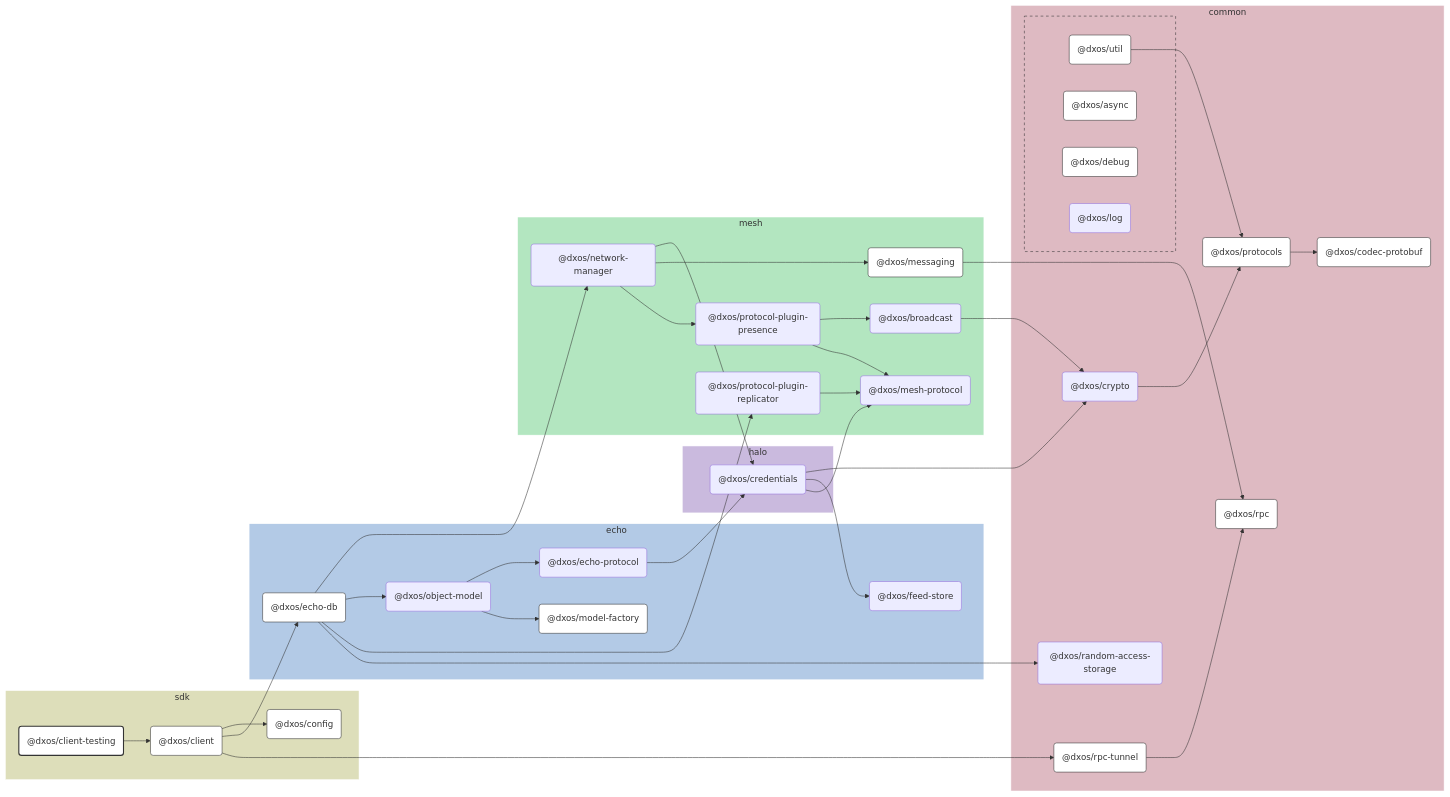
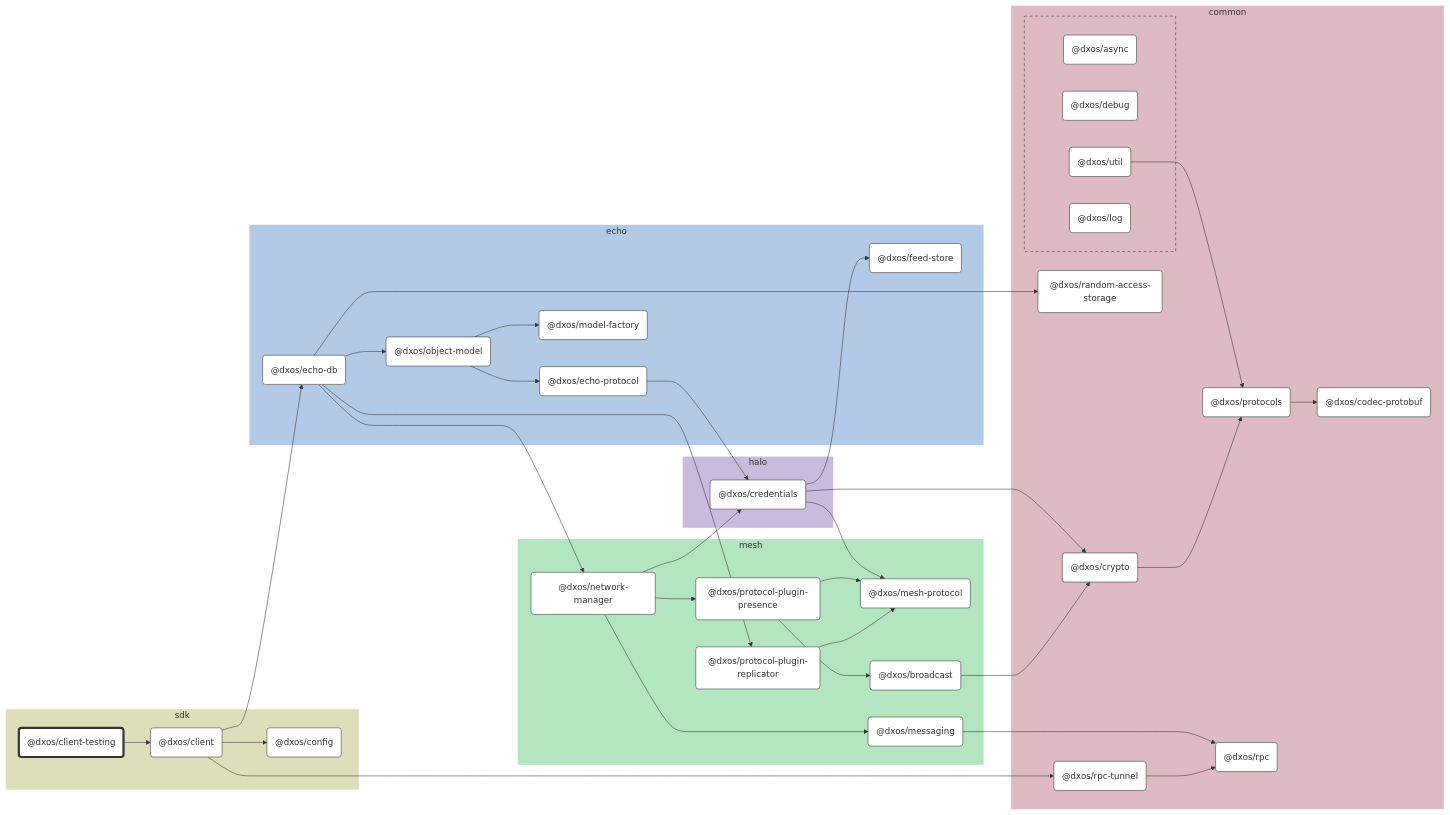
The diagram in packages/sdk/client-testing/docs/README.md (dxos/dxos), drawn with Mermaid before and after one commit. The commit also changed other lines of this file and 104 other files, not shown here.

````diff
--- a/packages/sdk/client-testing/docs/README.md
+++ b/packages/sdk/client-testing/docs/README.md
@@ -9,122 +9,112 @@
 
 flowchart LR
 
-%% Links
-dxos/broadcast --> dxos/crypto;
-dxos/client --> dxos/config;
-dxos/client --> dxos/echo-db;
-dxos/client --> dxos/rpc-tunnel;
-dxos/client-testing --> dxos/client;
-dxos/credentials --> dxos/crypto;
-dxos/credentials --> dxos/feed-store;
-dxos/credentials --> dxos/mesh-protocol;
-dxos/crypto --> dxos/protocols;
-dxos/echo-db --> dxos/network-manager;
-dxos/echo-db --> dxos/object-model;
-dxos/echo-db --> dxos/protocol-plugin-replicator;
-dxos/echo-db --> dxos/random-access-storage;
-dxos/echo-protocol --> dxos/credentials;
-dxos/messaging --> dxos/rpc;
-dxos/network-manager --> dxos/credentials;
-dxos/network-manager --> dxos/messaging;
-dxos/network-manager --> dxos/protocol-plugin-presence;
-dxos/object-model --> dxos/echo-protocol;
-dxos/object-model --> dxos/model-factory;
-dxos/protocol-plugin-presence --> dxos/broadcast;
-dxos/protocol-plugin-presence --> dxos/mesh-protocol;
-dxos/protocol-plugin-replicator --> dxos/mesh-protocol;
-dxos/protocols --> dxos/codec-protobuf;
-dxos/rpc-tunnel --> dxos/rpc;
-dxos/util --> dxos/protocols;
+%% Classes
+classDef def fill:#fff,stroke:#333,stroke-width:1px
+classDef root fill:#fff,stroke:#333,stroke-width:4px
 
-%% Sections
-subgraph sdk
-  style sdk fill:#dddeba,stroke:#fff;
+%% Nodes
 
-  dxos/client("@dxos/client")
-  dxos/client-testing("@dxos/client-testing")
-  dxos/config("@dxos/config")
+subgraph sdk [sdk]
+  style sdk fill:#dddeba,stroke:#fff
+  dxos/client-testing("@dxos/client-testing"):::root
+  click dxos/client-testing "dxos/dxos/tree/main/packages/sdk/client-testing/docs"
+  dxos/client("@dxos/client"):::def
+  click dxos/client "dxos/dxos/tree/main/packages/sdk/client/docs"
+  dxos/config("@dxos/config"):::def
+  click dxos/config "dxos/dxos/tree/main/packages/sdk/config/docs"
 end
 
-subgraph common
-  style common fill:#debac2,stroke:#fff;
-
-  dxos/codec-protobuf("@dxos/codec-protobuf")
-  dxos/crypto("@dxos/crypto")
-  dxos/protocols("@dxos/protocols")
-  dxos/random-access-storage("@dxos/random-access-storage")
-  dxos/rpc("@dxos/rpc")
-  dxos/rpc-tunnel("@dxos/rpc-tunnel")
+subgraph common [common]
+  style common fill:#debac2,stroke:#fff
+  dxos/codec-protobuf("@dxos/codec-protobuf"):::def
+  click dxos/codec-protobuf "dxos/dxos/tree/main/packages/common/codec-protobuf/docs"
+  dxos/protocols("@dxos/protocols"):::def
+  click dxos/protocols "dxos/dxos/tree/main/packages/common/protocols/docs"
+  dxos/crypto("@dxos/crypto"):::def
+  click dxos/crypto "dxos/dxos/tree/main/packages/common/crypto/docs"
+  dxos/rpc("@dxos/rpc"):::def
+  click dxos/rpc "dxos/dxos/tree/main/packages/common/rpc/docs"
+  dxos/random-access-storage("@dxos/random-access-storage"):::def
+  click dxos/random-access-storage "dxos/dxos/tree/main/packages/common/random-access-storage/docs"
+  dxos/rpc-tunnel("@dxos/rpc-tunnel"):::def
+  click dxos/rpc-tunnel "dxos/dxos/tree/main/packages/common/rpc-tunnel/docs"
 
   subgraph common-excluded [ ]
-    style common-excluded fill:#debac2,stroke:#333,stroke-dasharray:5 5;
-
-    dxos/async("@dxos/async")
-    dxos/debug("@dxos/debug")
-    dxos/log("@dxos/log")
-    dxos/util("@dxos/util")
+    style common-excluded fill:#debac2,stroke:#333,stroke-dasharray:5 5
+    dxos/async("@dxos/async"):::def
+    click dxos/async "dxos/dxos/tree/main/packages/common/async/docs"
+    dxos/debug("@dxos/debug"):::def
+    click dxos/debug "dxos/dxos/tree/main/packages/common/debug/docs"
+    dxos/util("@dxos/util"):::def
+    click dxos/util "dxos/dxos/tree/main/packages/common/util/docs"
+    dxos/log("@dxos/log"):::def
+    click dxos/log "dxos/dxos/tree/main/packages/common/log/docs"
   end
 end
 
-subgraph echo
-  style echo fill:#b3cae6,stroke:#fff;
-
-  dxos/echo-db("@dxos/echo-db")
-  dxos/echo-protocol("@dxos/echo-protocol")
-  dxos/feed-store("@dxos/feed-store")
-  dxos/model-factory("@dxos/model-factory")
-  dxos/object-model("@dxos/object-model")
+subgraph echo [echo]
+  style echo fill:#b3cae6,stroke:#fff
+  dxos/echo-db("@dxos/echo-db"):::def
+  click dxos/echo-db "dxos/dxos/tree/main/packages/echo/echo-db/docs"
+  dxos/feed-store("@dxos/feed-store"):::def
+  click dxos/feed-store "dxos/dxos/tree/main/packages/echo/feed-store/docs"
+  dxos/echo-protocol("@dxos/echo-protocol"):::def
+  click dxos/echo-protocol "dxos/dxos/tree/main/packages/echo/echo-protocol/docs"
+  dxos/model-factory("@dxos/model-factory"):::def
+  click dxos/model-factory "dxos/dxos/tree/main/packages/echo/model-factory/docs"
+  dxos/object-model("@dxos/object-model"):::def
+  click dxos/object-model "dxos/dxos/tree/main/packages/echo/object-model/docs"
 end
 
-subgraph halo
-  style halo fill:#cabade,stroke:#fff;
-
-  dxos/credentials("@dxos/credentials")
+subgraph halo [halo]
+  style halo fill:#cabade,stroke:#fff
+  dxos/credentials("@dxos/credentials"):::def
+  click dxos/credentials "dxos/dxos/tree/main/packages/halo/credentials/docs"
 end
 
-subgraph mesh
-  style mesh fill:#b3e6c0,stroke:#fff;
-
-  dxos/broadcast("@dxos/broadcast")
-  dxos/mesh-protocol("@dxos/mesh-protocol")
-  dxos/messaging("@dxos/messaging")
-  dxos/network-manager("@dxos/network-manager")
-  dxos/protocol-plugin-presence("@dxos/protocol-plugin-presence")
-  dxos/protocol-plugin-replicator("@dxos/protocol-plugin-replicator")
+subgraph mesh [mesh]
+  style mesh fill:#b3e6c0,stroke:#fff
+  dxos/mesh-protocol("@dxos/mesh-protocol"):::def
+  click dxos/mesh-protocol "dxos/dxos/tree/main/packages/mesh/mesh-protocol/docs"
+  dxos/messaging("@dxos/messaging"):::def
+  click dxos/messaging "dxos/dxos/tree/main/packages/mesh/messaging/docs"
+  dxos/network-manager("@dxos/network-manager"):::def
+  click dxos/network-manager "dxos/dxos/tree/main/packages/mesh/network-manager/docs"
+  dxos/protocol-plugin-presence("@dxos/protocol-plugin-presence"):::def
+  click dxos/protocol-plugin-presence "dxos/dxos/tree/main/packages/mesh/protocol-plugin-presence/docs"
+  dxos/broadcast("@dxos/broadcast"):::def
+  click dxos/broadcast "dxos/dxos/tree/main/packages/mesh/broadcast/docs"
+  dxos/protocol-plugin-replicator("@dxos/protocol-plugin-replicator"):::def
+  click dxos/protocol-plugin-replicator "dxos/dxos/tree/main/packages/mesh/protocol-plugin-replicator/docs"
 end
 
-
-%% Hyperlinks
-click dxos/async "dxos/dxos/tree/main/packages/common/async/docs";
-click dxos/client "dxos/dxos/tree/main/packages/sdk/client/docs";
-click dxos/codec-protobuf "dxos/dxos/tree/main/packages/common/codec-protobuf/docs";
-click dxos/config "dxos/dxos/tree/main/packages/sdk/config/docs";
-click dxos/debug "dxos/dxos/tree/main/packages/common/debug/docs";
-click dxos/echo-db "dxos/dxos/tree/main/packages/echo/echo-db/docs";
-click dxos/messaging "dxos/dxos/tree/main/packages/mesh/messaging/docs";
-click dxos/model-factory "dxos/dxos/tree/main/packages/echo/model-factory/docs";
-click dxos/protocols "dxos/dxos/tree/main/packages/common/protocols/docs";
-click dxos/rpc "dxos/dxos/tree/main/packages/common/rpc/docs";
-click dxos/rpc-tunnel "dxos/dxos/tree/main/packages/common/rpc-tunnel/docs";
-click dxos/util "dxos/dxos/tree/main/packages/common/util/docs";
-
-%% Styles
-classDef rootNode fill:#fff,stroke:#333,stroke-width:2px
-classDef defaultNode fill:#fff,stroke:#333,stroke-width:1px
+%% Links
 linkStyle default stroke:#333,stroke-width:1px
-
-dxos/client-testing:::rootNode
-
-dxos/async:::defaultNode
-dxos/client:::defaultNode
-dxos/codec-protobuf:::defaultNode
-dxos/config:::defaultNode
-dxos/debug:::defaultNode
-dxos/echo-db:::defaultNode
-dxos/messaging:::defaultNode
-dxos/model-factory:::defaultNode
-dxos/protocols:::defaultNode
-dxos/rpc:::defaultNode
-dxos/rpc-tunnel:::defaultNode
-dxos/util:::defaultNode
+dxos/client-testing --> dxos/client
+dxos/client --> dxos/config
+dxos/protocols --> dxos/codec-protobuf
+dxos/util --> dxos/protocols
+dxos/client --> dxos/echo-db
+dxos/credentials --> dxos/crypto
+dxos/crypto --> dxos/protocols
+dxos/credentials --> dxos/feed-store
+dxos/credentials --> dxos/mesh-protocol
+dxos/echo-protocol --> dxos/credentials
+dxos/messaging --> dxos/rpc
+dxos/echo-db --> dxos/network-manager
+dxos/network-manager --> dxos/credentials
+dxos/network-manager --> dxos/messaging
+dxos/network-manager --> dxos/protocol-plugin-presence
+dxos/protocol-plugin-presence --> dxos/broadcast
+dxos/broadcast --> dxos/crypto
+dxos/protocol-plugin-presence --> dxos/mesh-protocol
+dxos/echo-db --> dxos/object-model
+dxos/object-model --> dxos/echo-protocol
+dxos/object-model --> dxos/model-factory
+dxos/echo-db --> dxos/protocol-plugin-replicator
+dxos/protocol-plugin-replicator --> dxos/mesh-protocol
+dxos/echo-db --> dxos/random-access-storage
+dxos/client --> dxos/rpc-tunnel
+dxos/rpc-tunnel --> dxos/rpc
 ```
````
